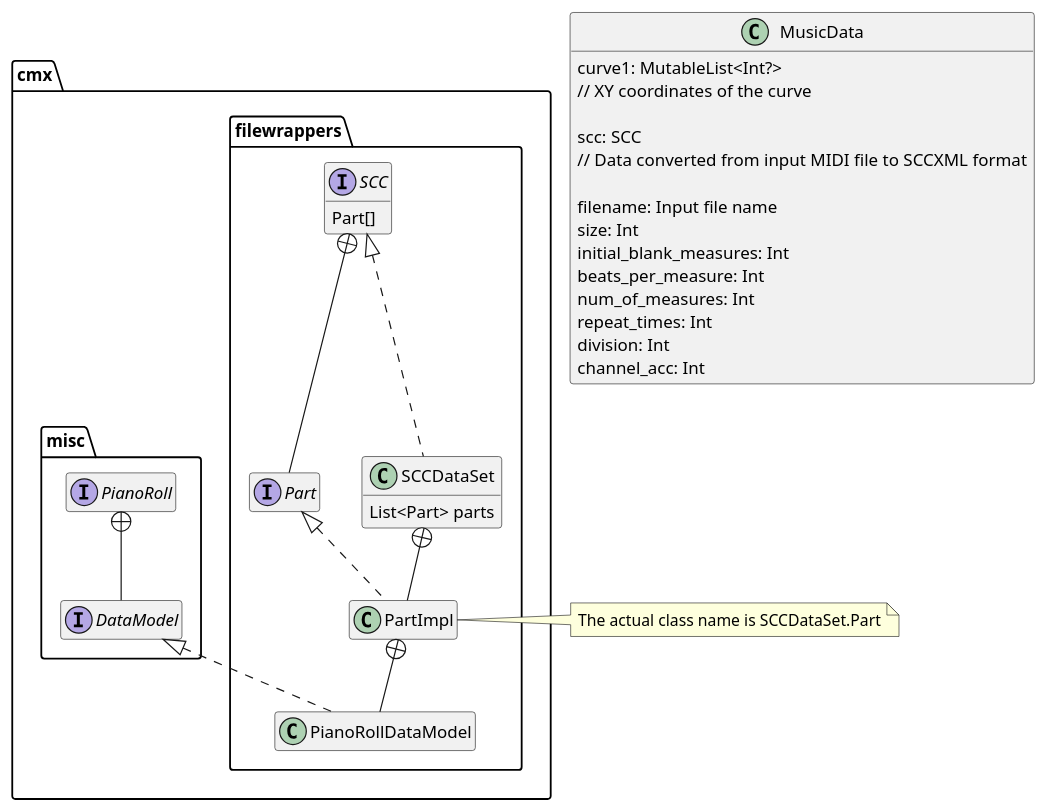
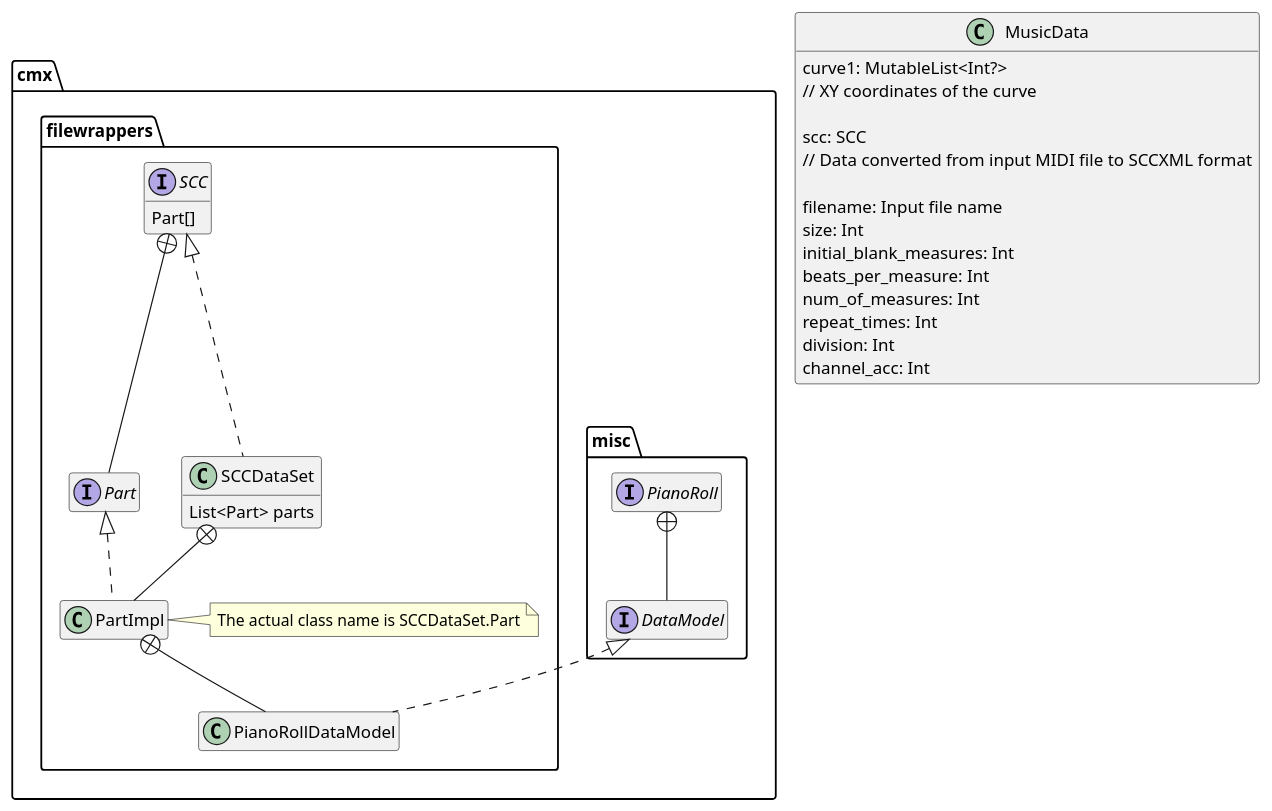
Before and after one commit to kitaharalab/JamSketch: the diagram in diagrams/JamSketch-Class-MusicData.puml, drawn with PlantUML. The commit also changed 13 other files, not shown here.

Commit message:
Update documents and diagrams

```diff
--- a/diagrams/JamSketch-Class-MusicData.puml
+++ b/diagrams/JamSketch-Class-MusicData.puml
@@ -1,50 +1,46 @@
 @startuml
 'https://plantuml.com/class-diagram
 hide empty members
 
 class MusicData {
     curve1: MutableList<Int?>
     // XY coordinates of the curve
 
     scc: SCC
     // Data converted from input MIDI file to SCCXML format
 
     filename: Input file name
     size: Int
     initial_blank_measures: Int
     beats_per_measure: Int
     num_of_measures: Int
     repeat_times: Int
     division: Int
     channel_acc: Int
 }
 
-package "cmx" {
-    package "filewrappers" {
-        interface SCC {
-            Part[]
-        }
-        interface Part
-        class SCCDataSet implements SCC {
-            List<Part> parts
-        }
-        class PianoRollDataModel implements cmx.misc.DataModel
-        class PartImpl implements Part
+package "cmx.misc" {
+    interface PianoRoll {
     }
-    package "misc" {
-        interface PianoRoll
-        interface DataModel
+    interface DataModel
+    PianoRoll +-- DataModel
+}
+package "cmx.filewrappers" {
+    interface SCC {
+        Part[]
     }
+    interface Part
+    SCC +-- Part
+    class SCCDataSet implements SCC {
+        List<Part> parts
+    }
+    class PartImpl implements Part
+    SCCDataSet +-- PartImpl
+    note right of PartImpl
+        The actual class name is SCCDataSet.Part
+    end note
+    class PianoRollDataModel implements cmx.misc.DataModel
+    PartImpl +-- PianoRollDataModel
 }
 
-cmx.filewrappers.SCC +-- cmx.filewrappers.Part
-PianoRoll +-- DataModel
-
-cmx.filewrappers.SCCDataSet +-- cmx.filewrappers.PartImpl
-note right of PartImpl
-    The actual class name is SCCDataSet.Part
-end note
-
-cmx.filewrappers.PartImpl +-- cmx.filewrappers.PianoRollDataModel
-
 @enduml
```
